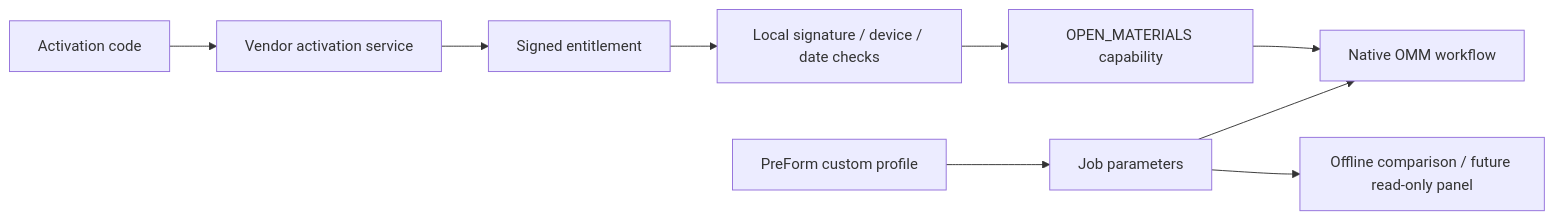
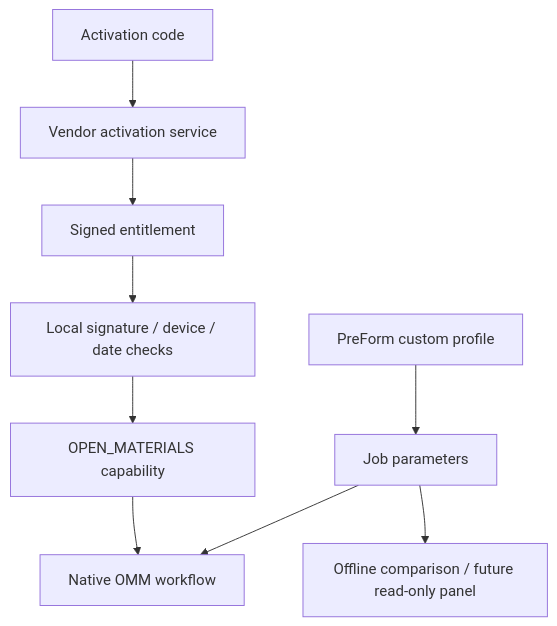
Before and after one commit to Zimbo88/form3-owner-root-source: the diagram in docs/public/MATERIAL_SETTINGS_RESEARCH.md, drawn with Mermaid. The commit also changed 8 other files, not shown here.

Commit message:
docs: fix cartridge reset Mermaid and review all diagrams

````diff
--- a/docs/public/MATERIAL_SETTINGS_RESEARCH.md
+++ b/docs/public/MATERIAL_SETTINGS_RESEARCH.md
@@ -119,11 +119,13 @@
 ```mermaid
-flowchart LR
+flowchart TD
+    accTitle: Separate entitlement and print-profile paths
+    accDescr: Vendor-issued entitlements pass local checks before enabling the native OMM workflow. PreForm custom profiles supply job parameters independently. The owner comparison and future panel path is read-only.
     A[Activation code] --> B[Vendor activation service]
     B --> C[Signed entitlement]
     C --> D[Local signature / device / date checks]
     D --> E[OPEN_MATERIALS capability]
     E --> F[Native OMM workflow]
     P[PreForm custom profile] --> J[Job parameters]
     J --> F
     J --> R[Offline comparison / future read-only panel]
 ```
````
